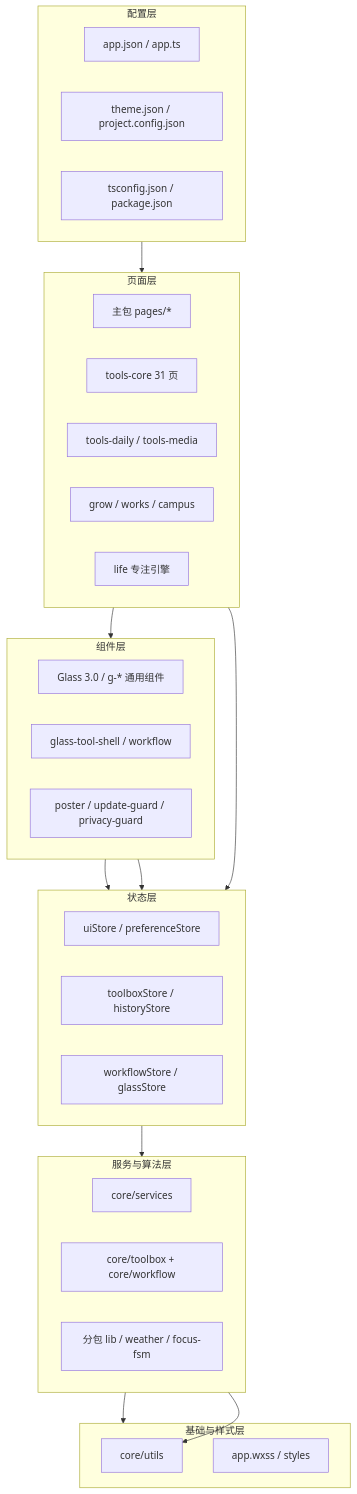
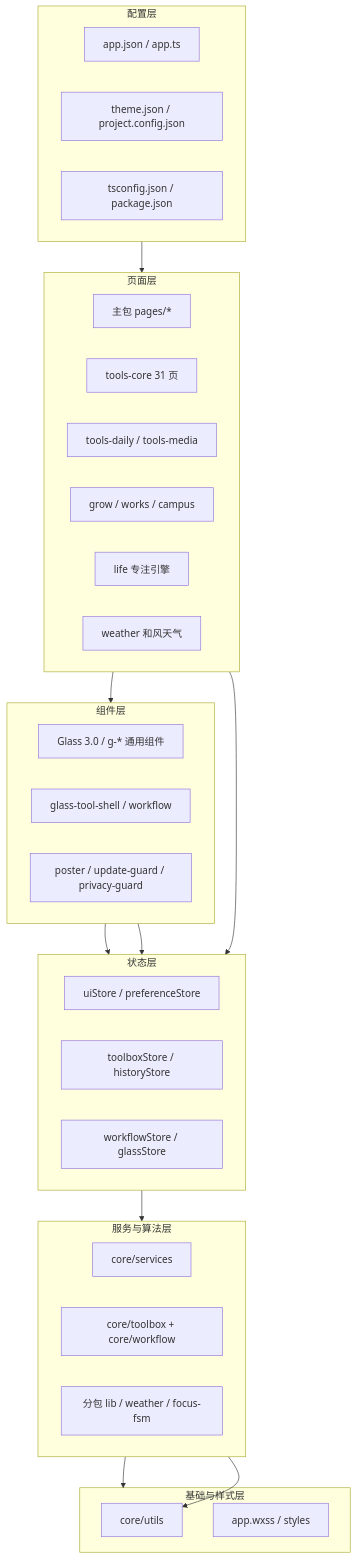
One commit to kkkh/super-happy changed the first of 16 diagrams in CODE_WIKI.md. Above: the diagram before and after it, drawn with Mermaid. The commit also changed other lines of this file and 54 other files, not shown here.

````diff
--- a/CODE_WIKI.md
+++ b/CODE_WIKI.md
@@ -87,42 +89,43 @@
 ```mermaid
 flowchart TB
   subgraph L1[配置层]
     A1["app.json / app.ts"]
     A2["theme.json / project.config.json"]
     A3["tsconfig.json / package.json"]
   end
   subgraph L2[页面层]
     P1["主包 pages/*"]
     P2["tools-core 31 页"]
     P3["tools-daily / tools-media"]
     P4["grow / works / campus"]
     P5["life 专注引擎"]
+    P6["weather 和风天气"]
   end
   subgraph L3[组件层]
     C1["Glass 3.0 / g-* 通用组件"]
     C2["glass-tool-shell / workflow"]
     C3["poster / update-guard / privacy-guard"]
   end
   subgraph L4[状态层]
     S1["uiStore / preferenceStore"]
     S2["toolboxStore / historyStore"]
     S3["workflowStore / glassStore"]
   end
   subgraph L5[服务与算法层]
     V1["core/services"]
     V2["core/toolbox + core/workflow"]
     V3["分包 lib / weather / focus-fsm"]
   end
   subgraph L6[基础与样式层]
     B1["core/utils"]
     B2["app.wxss / styles"]
   end
   L1 --> L2
   L2 --> L3
   L3 --> L4
   L4 --> L5
   L5 --> L6
   L2 --> L4
   L3 --> L4
   L5 --> B1
 ```
````
